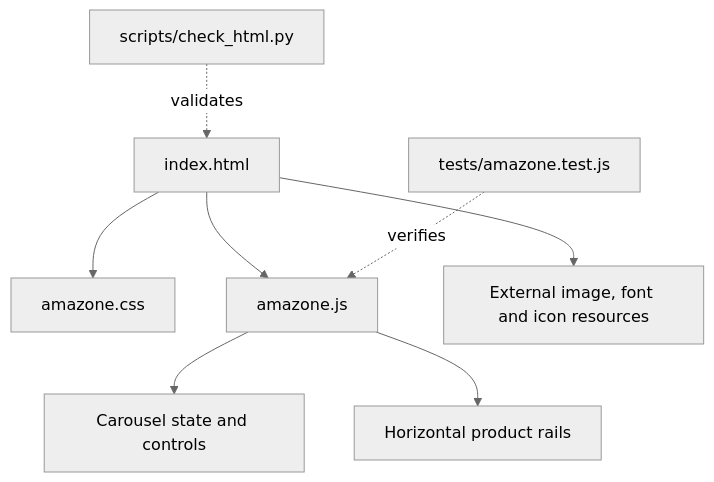
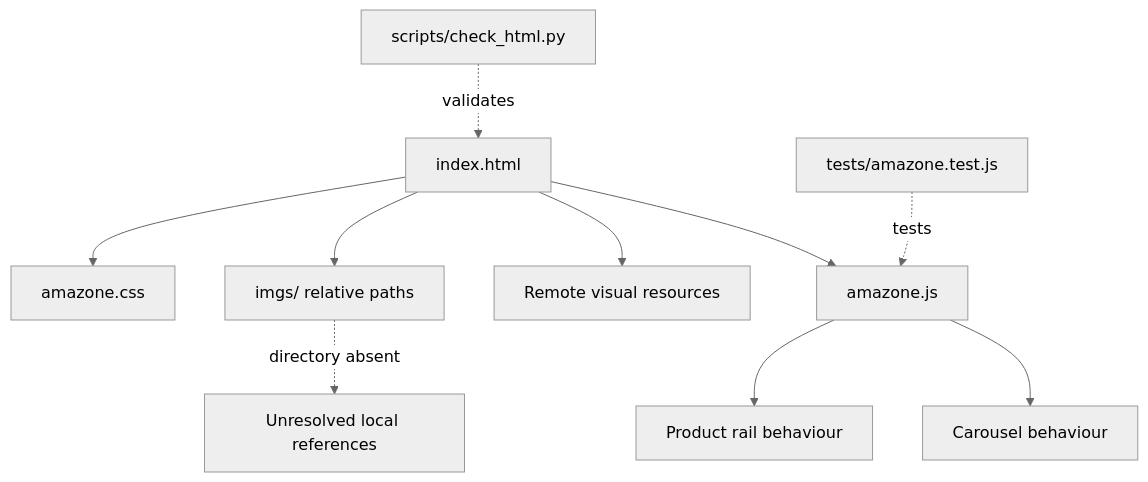
One commit to Brajesh31/Amazon_Clone changed the diagram in docs/project-structure.md. Above: the diagram before and after it, drawn with Mermaid (neutral theme). The commit also changed other lines of this file, not shown here.

````diff
--- a/docs/project-structure.md
+++ b/docs/project-structure.md
@@ -100,10 +117,12 @@
 ```mermaid
 flowchart TD
-    Page[index.html] --> Styles[amazone.css]
-    Page --> Script[amazone.js]
-    Page --> External[External image, font and icon resources]
-    Script --> Slide[Carousel state and controls]
-    Script --> Rail[Horizontal product rails]
-    Tests[tests/amazone.test.js] -. verifies .-> Script
-    Checker[scripts/check_html.py] -. validates .-> Page
+    HTML[index.html] --> CSS[amazone.css]
+    HTML --> JS[amazone.js]
+    HTML --> Remote[Remote visual resources]
+    HTML --> Local[imgs/ relative paths]
+    JS --> Carousel[Carousel behaviour]
+    JS --> Rails[Product rail behaviour]
+    Test[tests/amazone.test.js] -. tests .-> JS
+    Check[scripts/check_html.py] -. validates .-> HTML
+    Local -. directory absent .-> Warning[Unresolved local references]
 ```
````
